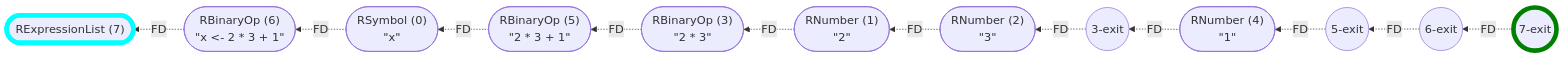
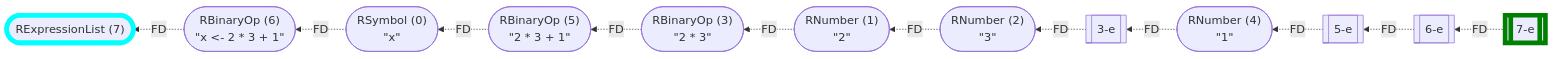
The first of 23 diagrams in wiki/Control Flow Graph.md (flowr-analysis/flowr), drawn with Mermaid before and after one commit. The commit also changed other lines of this file and 9 other files, not shown here.

````diff
--- a/wiki/Control Flow Graph.md
+++ b/wiki/Control Flow Graph.md
@@ -48,34 +54,34 @@
 ```mermaid
 flowchart RL
     n7(["`RExpressionList (7)`"])
     n0(["`RSymbol (0)
 #34;x#34;`"])
     n1(["`RNumber (1)
 #34;2#34;`"])
     n2(["`RNumber (2)
 #34;3#34;`"])
     n3(["`RBinaryOp (3)
 #34;2 #42; 3#34;`"])
-    n3-exit((3-exit))
+    n3-e[[3-e]]
     n4(["`RNumber (4)
 #34;1#34;`"])
     n5(["`RBinaryOp (5)
 #34;2 #42; 3 #43; 1#34;`"])
-    n5-exit((5-exit))
+    n5-e[[5-e]]
     n6(["`RBinaryOp (6)
 #34;x #60;#45; 2 #42; 3 #43; 1#34;`"])
-    n6-exit((6-exit))
-    n7-exit((7-exit))
+    n6-e[[6-e]]
+    n7-e[[7-e]]
     n6 -.->|"FD"| n7
     n2 -.->|"FD"| n1
     n1 -.->|"FD"| n3
-    n3-exit -.->|"FD"| n2
-    n4 -.->|"FD"| n3-exit
+    n3-e -.->|"FD"| n2
+    n4 -.->|"FD"| n3-e
     n3 -.->|"FD"| n5
-    n5-exit -.->|"FD"| n4
+    n5-e -.->|"FD"| n4
     n5 -.->|"FD"| n0
     n0 -.->|"FD"| n6
-    n6-exit -.->|"FD"| n5-exit
-    n7-exit -.->|"FD"| n6-exit
-    style n7 stroke:cyan,stroke-width:6.5px;    style n7-exit stroke:green,stroke-width:6.5px;
+    n6-e -.->|"FD"| n5-e
+    n7-e -.->|"FD"| n6-e
+    style n7 stroke:cyan,stroke-width:6.5px;    style n7-e stroke:green,stroke-width:6.5px;
 ```
````
